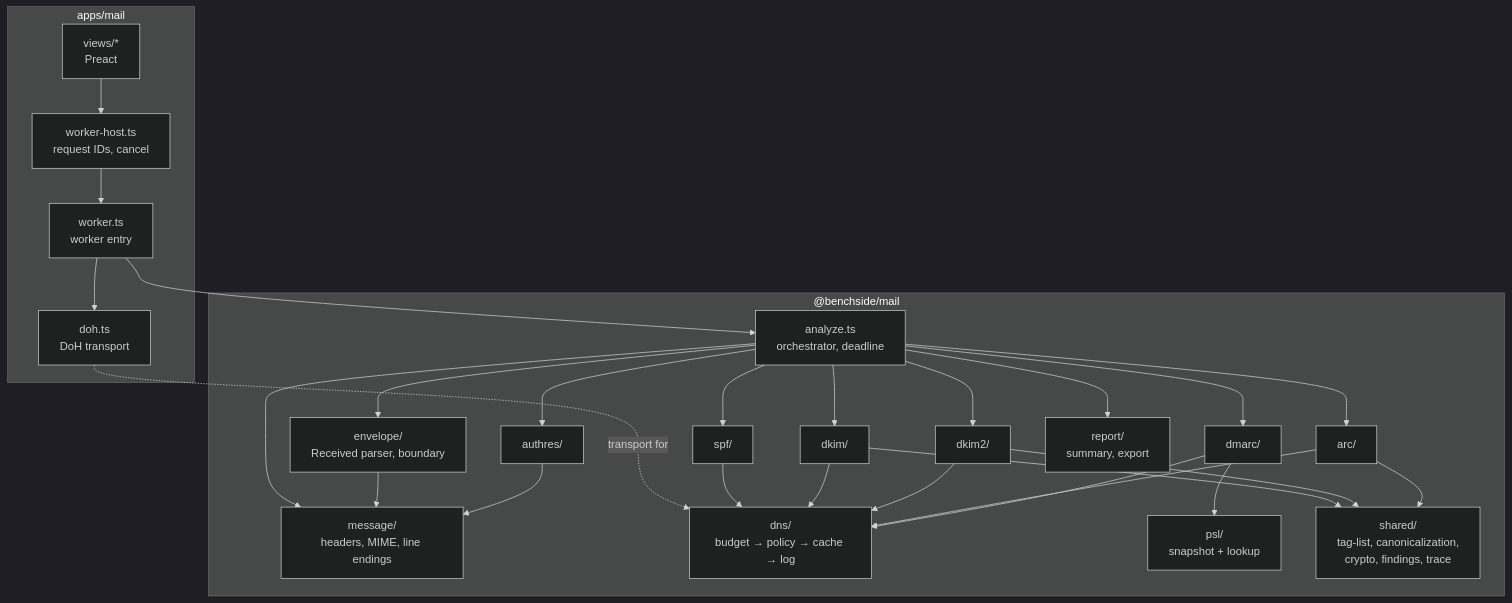
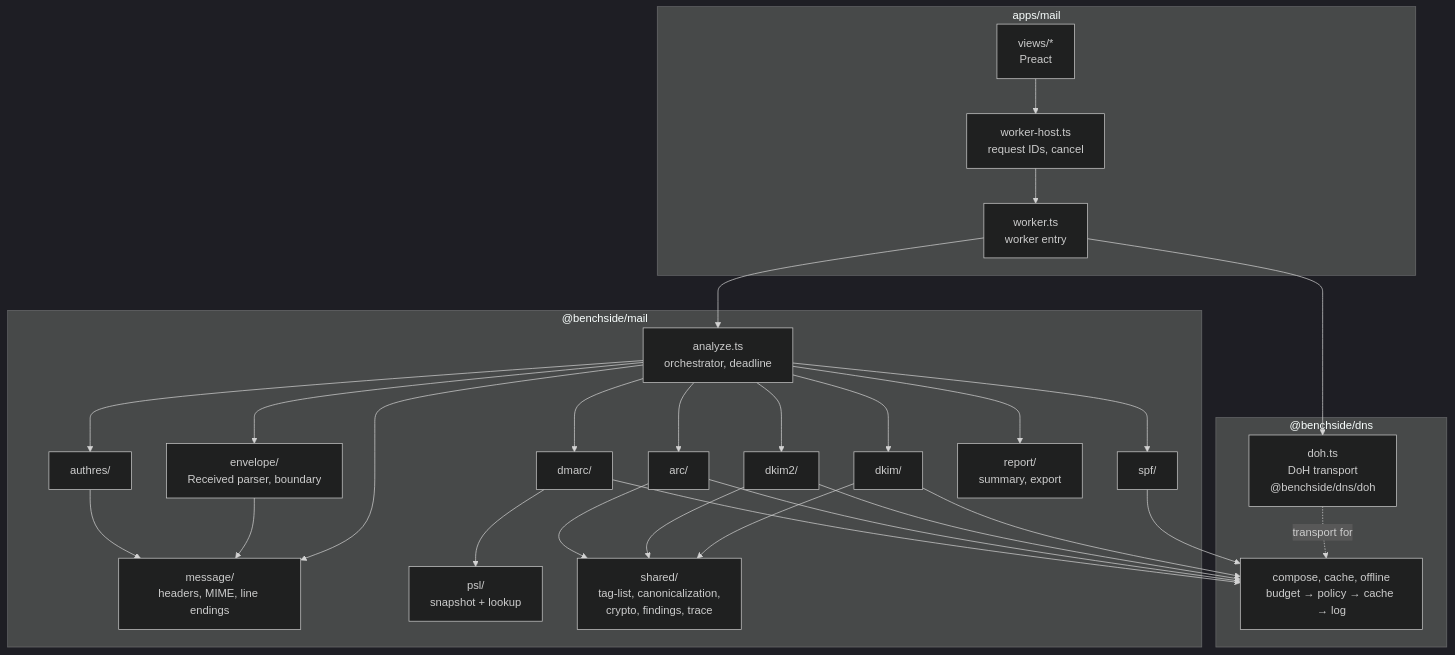
Before and after one commit to photom/benchside: the second of 6 diagrams in docs/explanation/mail-architecture.md, drawn with Mermaid (dark theme). The commit also changed other lines of this file and 55 other files, not shown here.

First line of the commit message:
Move the DNS resolver into @benchside/dns (#17)

````diff
--- a/docs/explanation/mail-architecture.md
+++ b/docs/explanation/mail-architecture.md
@@ -26,36 +26,39 @@
 ```mermaid
 flowchart TD
   subgraph apps/mail
     views[views/*<br/>Preact]
     host[worker-host.ts<br/>request IDs, cancel]
     entry[worker.ts<br/>worker entry]
-    doh[doh.ts<br/>DoH transport]
+  end
+
+  subgraph "@benchside/dns"
+    doh["doh.ts<br/>DoH transport<br/>@benchside/dns/doh"]
+    dns["compose, cache, offline<br/>budget → policy → cache → log"]
   end
 
   subgraph "@benchside/mail"
     analyze[analyze.ts<br/>orchestrator, deadline]
     message[message/<br/>headers, MIME, line endings]
     envelope[envelope/<br/>Received parser, boundary]
-    dns[dns/<br/>budget → policy → cache → log]
     spf[spf/]
     dkim[dkim/]
     dkim2[dkim2/]
     dmarc[dmarc/]
     arc[arc/]
     authres[authres/]
     psl[psl/<br/>snapshot + lookup]
     shared[shared/<br/>tag-list, canonicalization,<br/>crypto, findings, trace]
     report[report/<br/>summary, export]
   end
 
   views --> host --> entry
   entry --> analyze
   entry --> doh
   doh -. "transport for" .-> dns
 
   analyze --> message & envelope & spf & dkim & dkim2 & arc & dmarc & authres & report
   spf & dkim & dkim2 & arc & dmarc --> dns
   dkim & dkim2 & arc --> shared
   dmarc --> psl
   envelope & authres --> message
 ```
````
